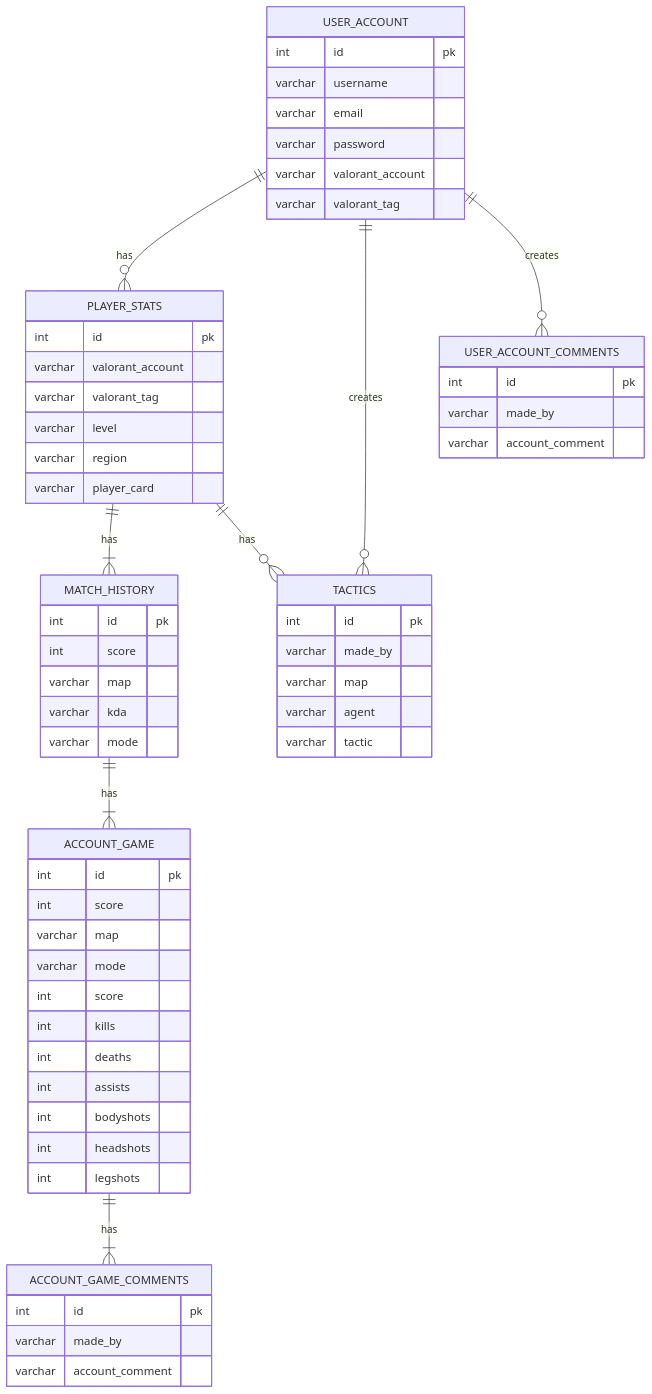
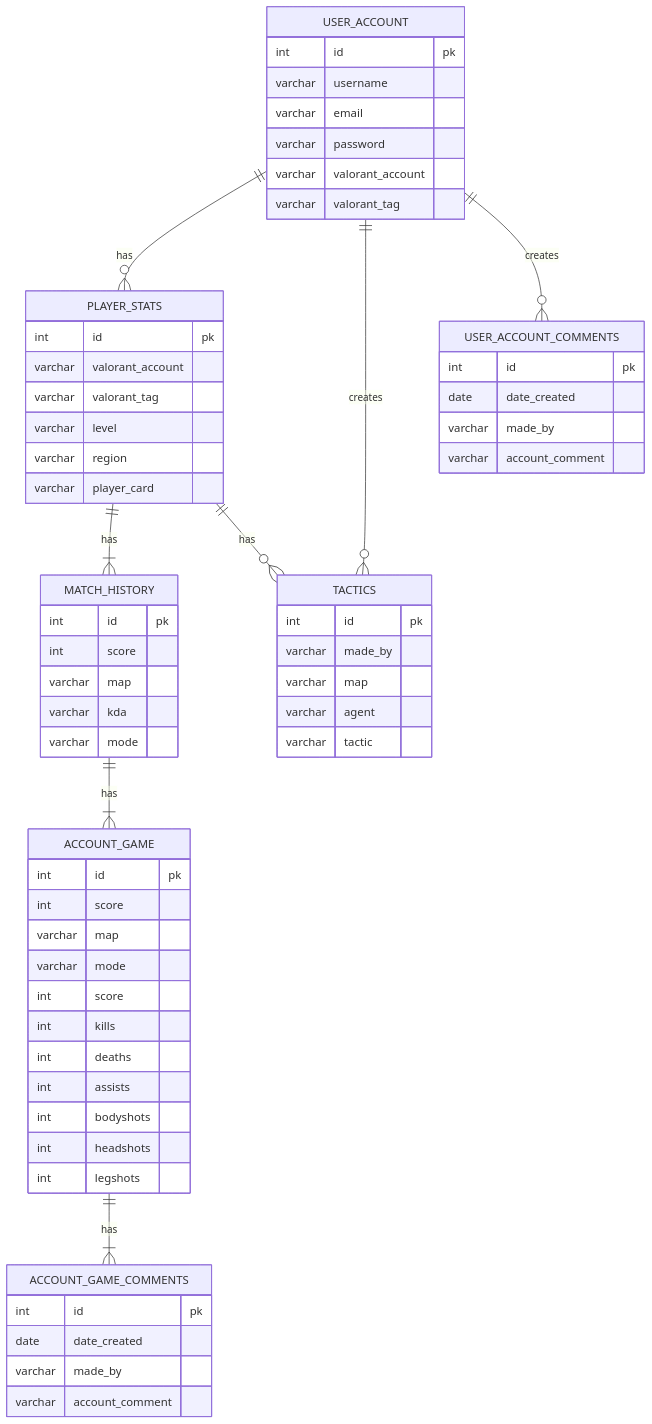
The second of 2 diagrams in README.md (MarianoUnosquare17/imspector-vuejs), drawn with Mermaid before and after one commit.

Commit message:
updated erd

````diff
--- a/README.md
+++ b/README.md
@@ -42,64 +42,66 @@
 ```mermaid
 erDiagram
     USER_ACCOUNT ||--o{ PLAYER_STATS : has
     USER_ACCOUNT {
         int id pk
         varchar username
         varchar email
         varchar password
         varchar valorant_account
         varchar valorant_tag
     }
         PLAYER_STATS {
         int id pk
         varchar valorant_account
         varchar valorant_tag
         varchar level
         varchar region
         varchar player_card
     }
     PLAYER_STATS ||--|{ MATCH_HISTORY : has
 
     MATCH_HISTORY{
         int id pk
         int score
         varchar map
         varchar kda
         varchar mode
     }
     MATCH_HISTORY ||--|{ ACCOUNT_GAME : has
     ACCOUNT_GAME{
         int id pk
         int score
         varchar map
         varchar mode
         int score
         int kills
         int deaths
         int assists
         int bodyshots
         int headshots
         int legshots 
     }
     ACCOUNT_GAME ||--|{ ACCOUNT_GAME_COMMENTS : has
     ACCOUNT_GAME_COMMENTS{
         int id pk
+        date date_created
         varchar made_by
         varchar account_comment
     }
     USER_ACCOUNT ||--o{ TACTICS : creates
     TACTICS{
         int id pk
         varchar made_by
         varchar map
         varchar agent
         varchar tactic
     }
     PLAYER_STATS ||--o{ TACTICS : has
     USER_ACCOUNT ||--o{ USER_ACCOUNT_COMMENTS : creates
         USER_ACCOUNT_COMMENTS{
         int id pk
+        date date_created
         varchar made_by
         varchar account_comment
     }
 ```
````
